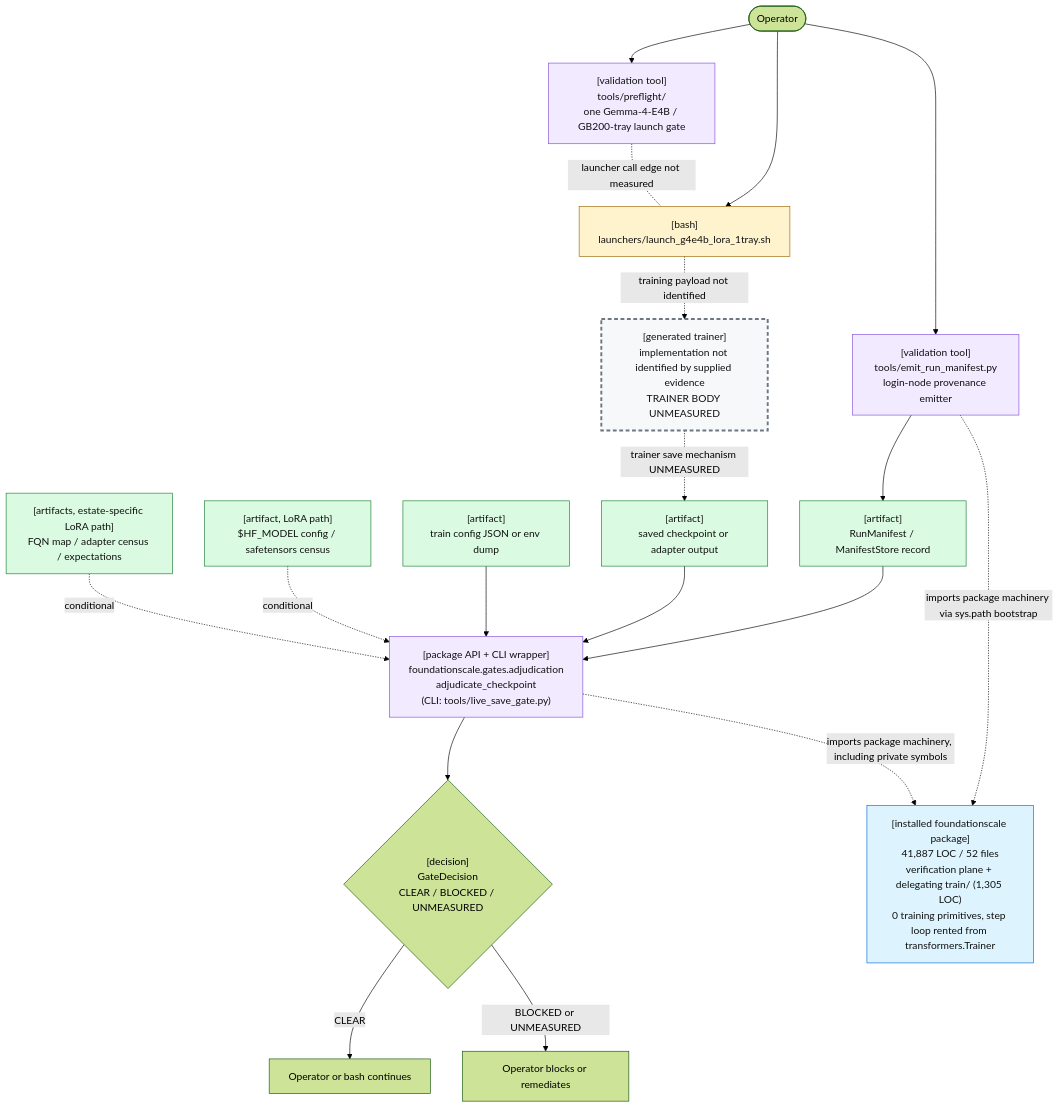
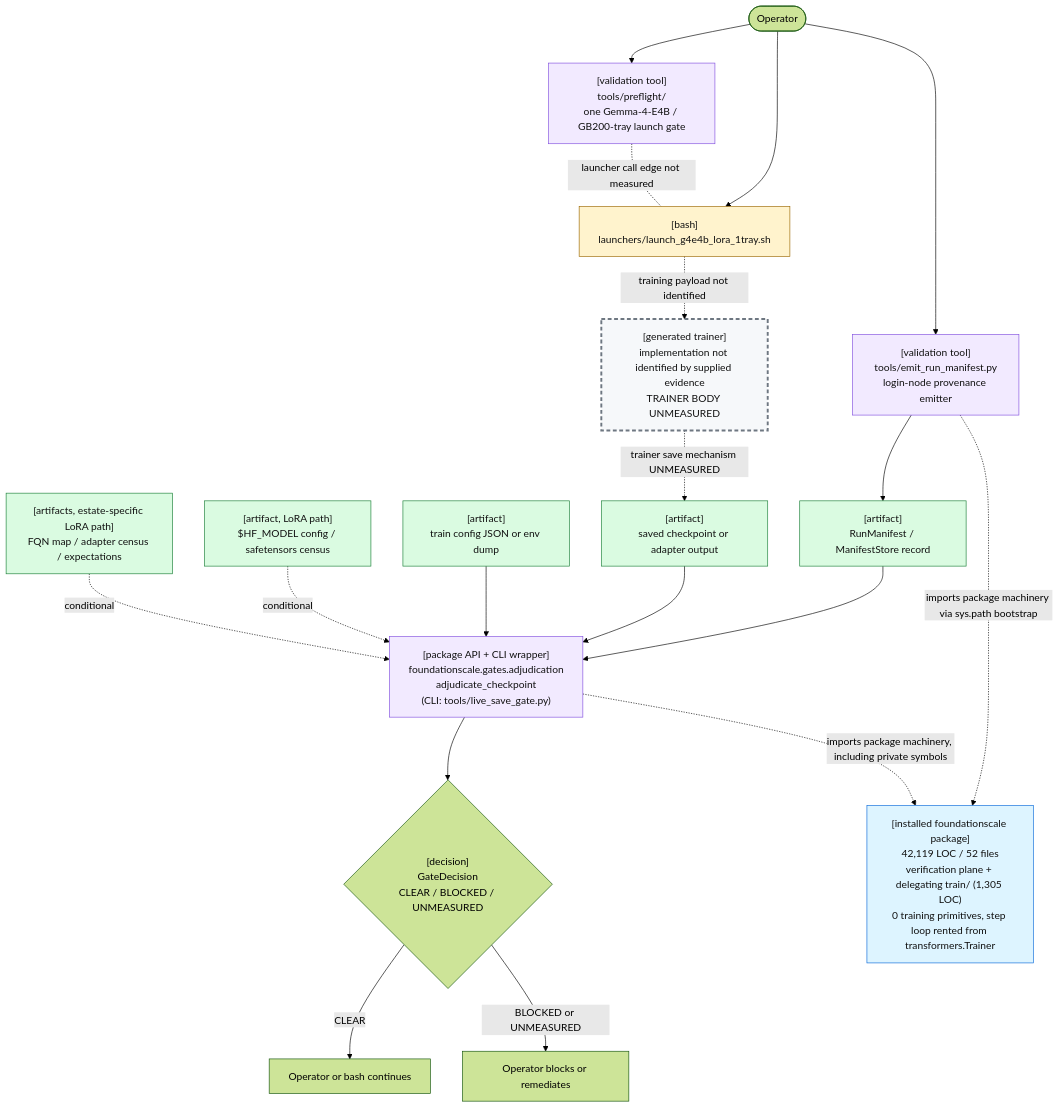
The first of 2 diagrams in docs/review/D2_current_architecture.md (TranNhiem/FoundationScale), drawn with Mermaid (forest theme) before and after one commit. The commit also changed other lines of this file and 19 other files, not shown here.

````diff
--- a/docs/review/D2_current_architecture.md
+++ b/docs/review/D2_current_architecture.md
@@ -25,59 +25,59 @@
 ```mermaid
 flowchart TB
   O(["Operator"])
 
   PF["[validation tool]<br/>tools/preflight/<br/>one Gemma-4-E4B / GB200-tray launch gate"]
   L["[bash]<br/>launchers/launch_g4e4b_lora_1tray.sh"]
 
   E["[validation tool]<br/>tools/emit_run_manifest.py<br/>login-node provenance emitter"]
   M["[artifact]<br/>RunManifest / ManifestStore record"]
 
   T["[generated trainer]<br/>implementation not identified by supplied evidence<br/>TRAINER BODY UNMEASURED"]
   C["[artifact]<br/>saved checkpoint or adapter output"]
 
   G["[package API + CLI wrapper]<br/>foundationscale.gates.adjudication<br/>adjudicate_checkpoint<br/>(CLI: tools/live_save_gate.py)"]
   CFG["[artifact]<br/>train config JSON or env dump"]
   BASE["[artifact, LoRA path]<br/>$HF_MODEL config / safetensors census"]
   CEN["[artifacts, estate-specific LoRA path]<br/>FQN map / adapter census / expectations"]
 
   D{"[decision]<br/>GateDecision<br/>CLEAR / BLOCKED / UNMEASURED"}
   OK["Operator or bash continues"]
   NO["Operator blocks or remediates"]
 
-  PKG["[installed foundationscale package]<br/>41,887 LOC / 52 files<br/>verification plane + delegating train/ (1,305 LOC)<br/>0 training primitives, step loop rented from transformers.Trainer"]
+  PKG["[installed foundationscale package]<br/>42,119 LOC / 52 files<br/>verification plane + delegating train/ (1,305 LOC)<br/>0 training primitives, step loop rented from transformers.Trainer"]
 
   O --> PF
   O --> L
   PF -. "launcher call edge not measured" .- L
 
   O --> E
   E --> M
 
   L -. "training payload not identified" .-> T
   T -. "trainer save mechanism UNMEASURED" .-> C
 
   M --> G
   C --> G
   CFG --> G
   BASE -. "conditional" .-> G
   CEN -. "conditional" .-> G
 
   E -. "imports package machinery via sys.path bootstrap" .-> PKG
   G -. "imports package machinery, including private symbols" .-> PKG
 
   G --> D
   D -->|"CLEAR"| OK
   D -->|"BLOCKED or UNMEASURED"| NO
 
   classDef bash fill:#fff3cd,stroke:#9a6700,color:#111;
   classDef tool fill:#f2eaff,stroke:#8250df,color:#111;
   classDef artifact fill:#dafbe1,stroke:#1a7f37,color:#111;
   classDef gap fill:#f6f8fa,stroke:#6e7781,stroke-width:3px,stroke-dasharray: 6 4,color:#111;
   classDef pkg fill:#ddf4ff,stroke:#0969da,color:#111;
 
   class L bash;
   class PF,E,G tool;
   class M,C,CFG,BASE,CEN artifact;
   class T gap;
   class PKG pkg;
 ```
````
